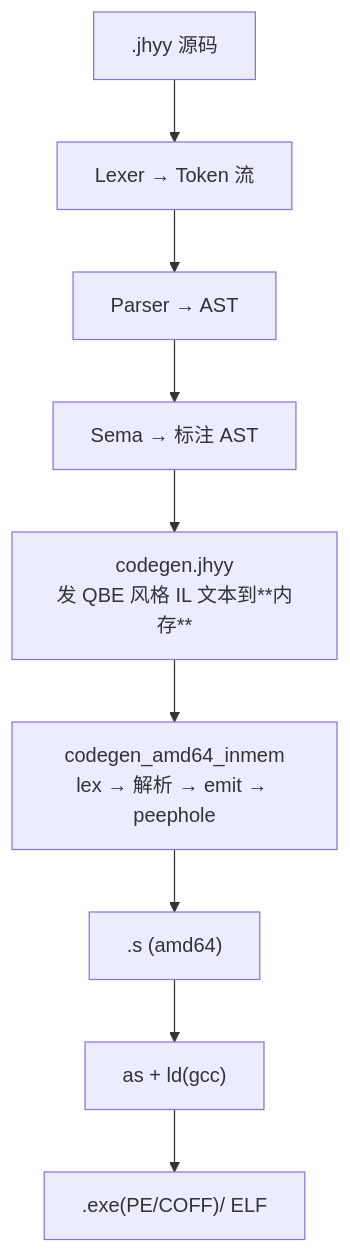
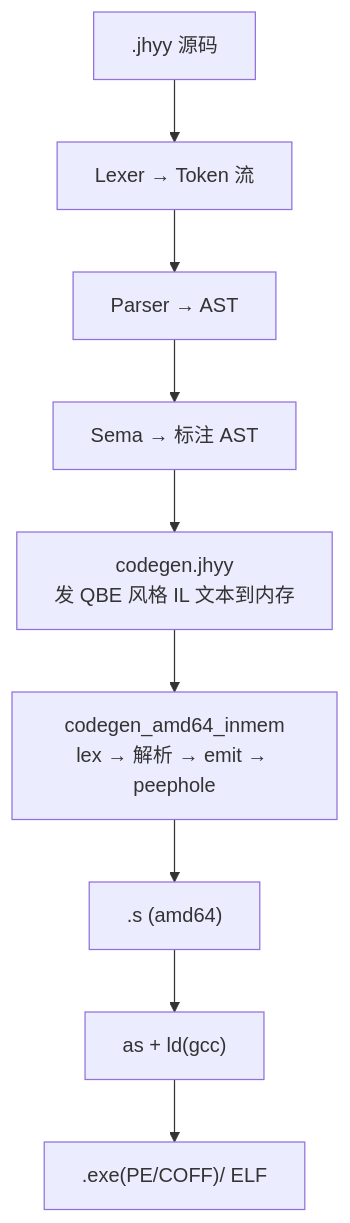
Before and after one commit to JiHuiYiYou/JiHuiYiYou-compiler: the diagram in README.zh-CN.md, drawn with Mermaid. The commit also changed other lines of this file and 32 other files, not shown here.

````diff
--- a/README.zh-CN.md
+++ b/README.zh-CN.md
@@ -212,11 +212,11 @@
 ```mermaid
 flowchart TB
     src[".jhyy 源码"] --> lex["Lexer → Token 流"]
     lex --> parse["Parser → AST"]
     parse --> sema["Sema → 标注 AST"]
-    sema --> il["codegen.jhyy<br/>发 QBE 风格 IL 文本到**内存**"]
+    sema --> il["codegen.jhyy<br/>发 QBE 风格 IL 文本到内存"]
     il --> sb["codegen_amd64_inmem<br/>lex → 解析 → emit → peephole"]
     sb --> asm[".s (amd64)"]
     asm --> ln["as + ld(gcc)"]
     ln --> exe[".exe(PE/COFF)/ ELF"]
 ```
````
